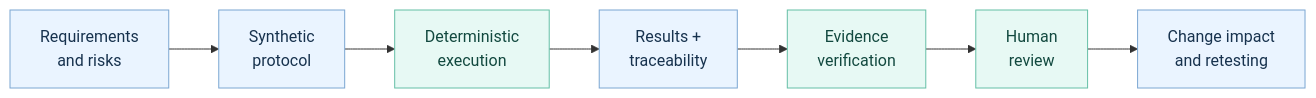
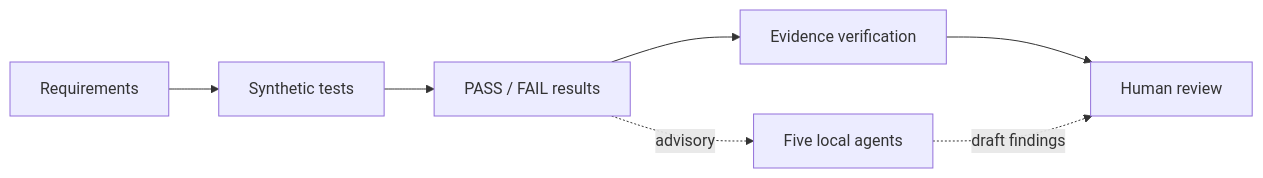
The diagram in README.md (Tec-Wel/HealthQualify), drawn with Mermaid before and after one commit. The commit also changed other lines of this file and 23 other files, not shown here.

````diff
--- a/README.md
+++ b/README.md
@@ -101,13 +69,9 @@
 ```mermaid
 flowchart LR
-    A["Requirements<br/>and risks"] --> B["Synthetic<br/>protocol"]
-    B --> C["Deterministic<br/>execution"]
-    C --> D["Results +<br/>traceability"]
-    D --> E["Evidence<br/>verification"]
-    E --> F["Human<br/>review"]
-    F --> G["Change impact<br/>and retesting"]
-    classDef source fill:#eaf4ff,stroke:#7ba6d2,color:#17324e;
-    classDef action fill:#e7f9f4,stroke:#65bfa6,color:#12493f;
-    class A,B,D,G source;
-    class C,E,F action;
+  A["Requirements"] --> B["Synthetic tests"]
+  B --> C["PASS / FAIL results"]
+  C --> D["Evidence verification"]
+  D --> E["Human review"]
+  C -. "advisory" .-> F["Five local agents"]
+  F -. "draft findings" .-> E
 ```
````
